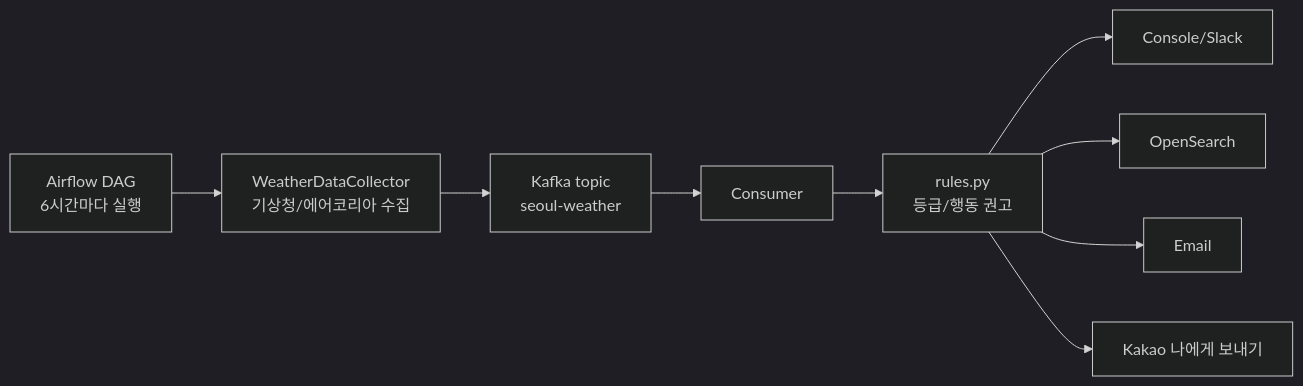
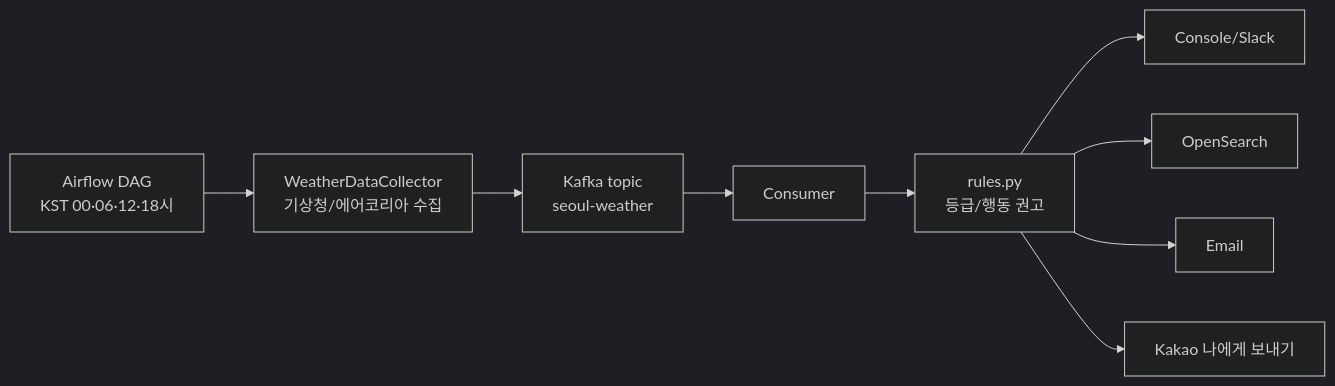
The diagram in README.md (hyeongyu-data/air-quality-project), drawn with Mermaid (dark theme) before and after one commit. The commit also changed other lines of this file and 4 other files, not shown here.

````diff
--- a/README.md
+++ b/README.md
@@ -33,11 +63,11 @@
 ```mermaid
 flowchart LR
-    A["Airflow DAG<br/>6시간마다 실행"] --> B["WeatherDataCollector<br/>기상청/에어코리아 수집"]
+    A["Airflow DAG<br/>KST 00·06·12·18시"] --> B["WeatherDataCollector<br/>기상청/에어코리아 수집"]
     B --> C["Kafka topic<br/>seoul-weather"]
     C --> D["Consumer"]
     D --> E["rules.py<br/>등급/행동 권고"]
     E --> F["Console/Slack"]
     E --> G["OpenSearch"]
     E --> H["Email"]
     E --> I["Kakao 나에게 보내기"]
 ```
````
